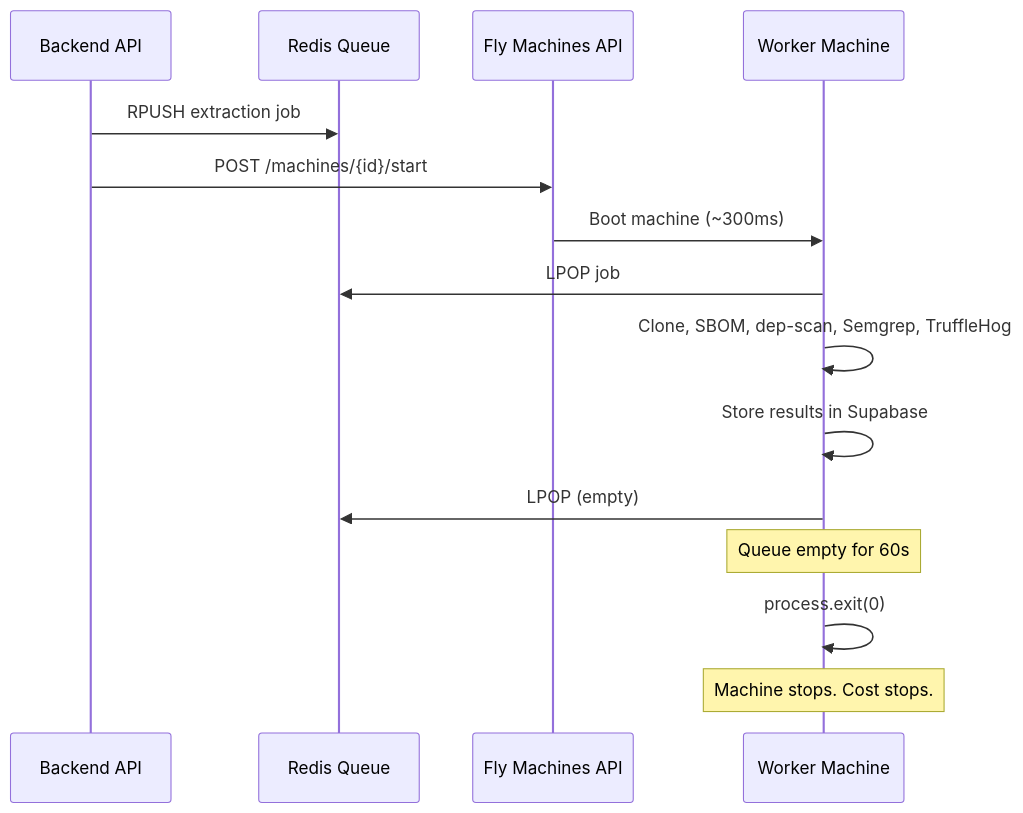
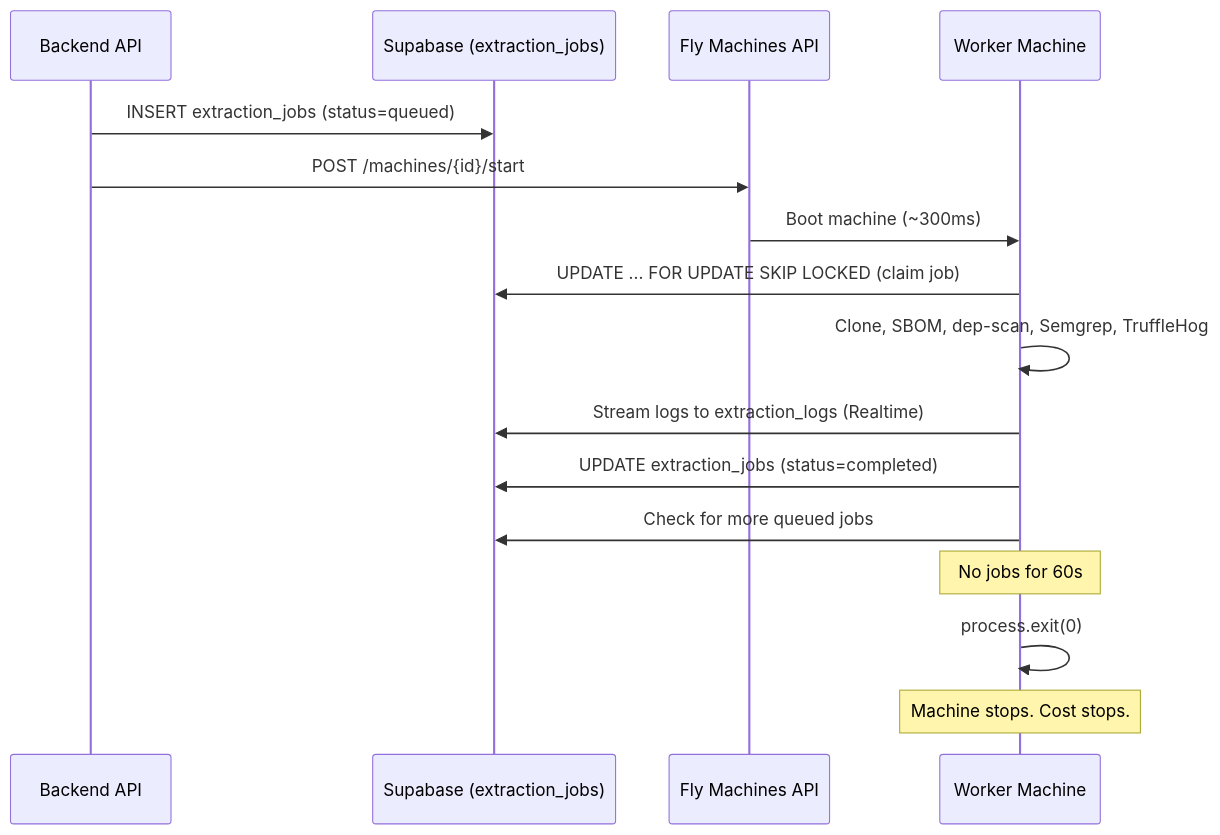
Before and after one commit to deptex/deptex: the diagram in .cursor/plans/phase_02_flyio.plan.md, drawn with Mermaid. The commit also changed other lines of this file and 24 other files, not shown here.

Commit message:
Implement extraction worker with Supabase job management and logging. Replace Redis with Supabase for job persistence, add extraction and logging schemas, and update worker to handle job claims and heartbeats. Enhance deployment documentation for Fly.io and improve error handling in the pipeline.

````diff
--- a/.cursor/plans/phase_02_flyio.plan.md
+++ b/.cursor/plans/phase_02_flyio.plan.md
@@ -16,18 +29,19 @@
 ```mermaid
 sequenceDiagram
     participant BE as Backend API
-    participant R as Redis Queue
+    participant DB as Supabase (extraction_jobs)
     participant FM as Fly Machines API
     participant W as Worker Machine
 
-    BE->>R: RPUSH extraction job
+    BE->>DB: INSERT extraction_jobs (status=queued)
     BE->>FM: POST /machines/{id}/start
     FM->>W: Boot machine (~300ms)
-    W->>R: LPOP job
+    W->>DB: UPDATE ... FOR UPDATE SKIP LOCKED (claim job)
     W->>W: Clone, SBOM, dep-scan, Semgrep, TruffleHog
-    W->>W: Store results in Supabase
-    W->>R: LPOP (empty)
-    Note over W: Queue empty for 60s
+    W->>DB: Stream logs to extraction_logs (Realtime)
+    W->>DB: UPDATE extraction_jobs (status=completed)
+    W->>DB: Check for more queued jobs
+    Note over W: No jobs for 60s
     W->>W: process.exit(0)
     Note over W: Machine stops. Cost stops.
 ```
````
